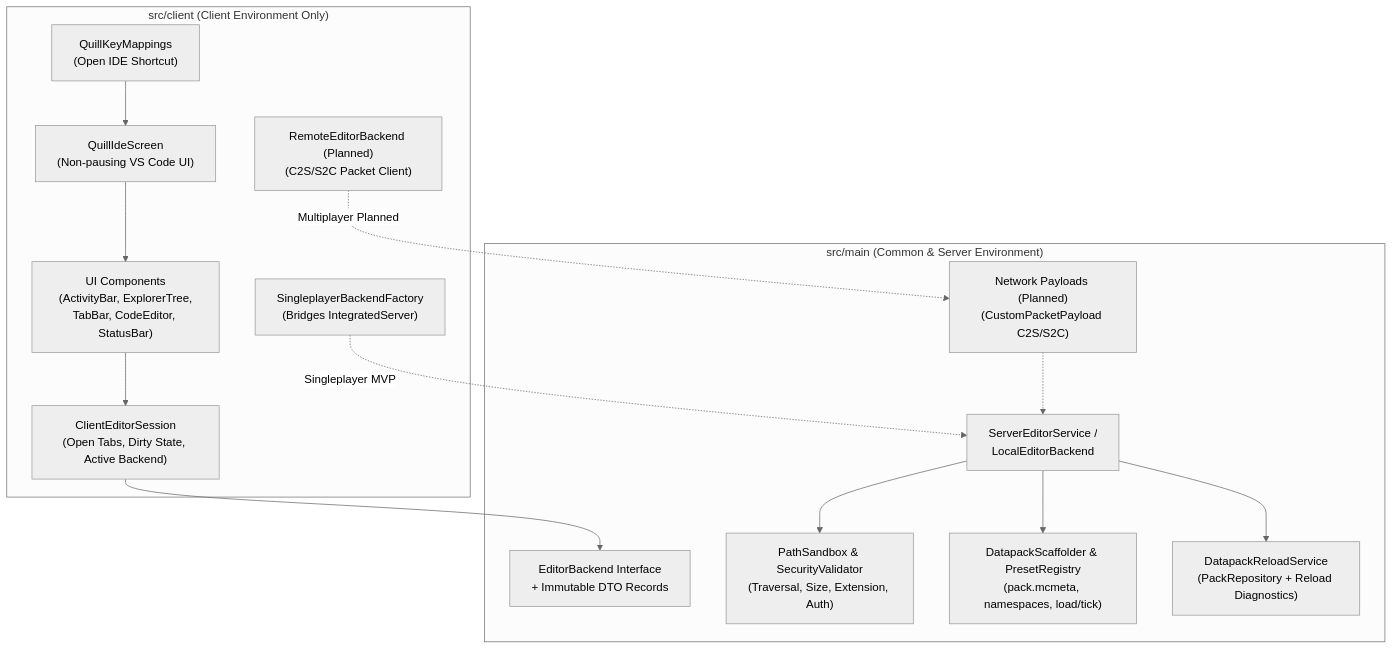
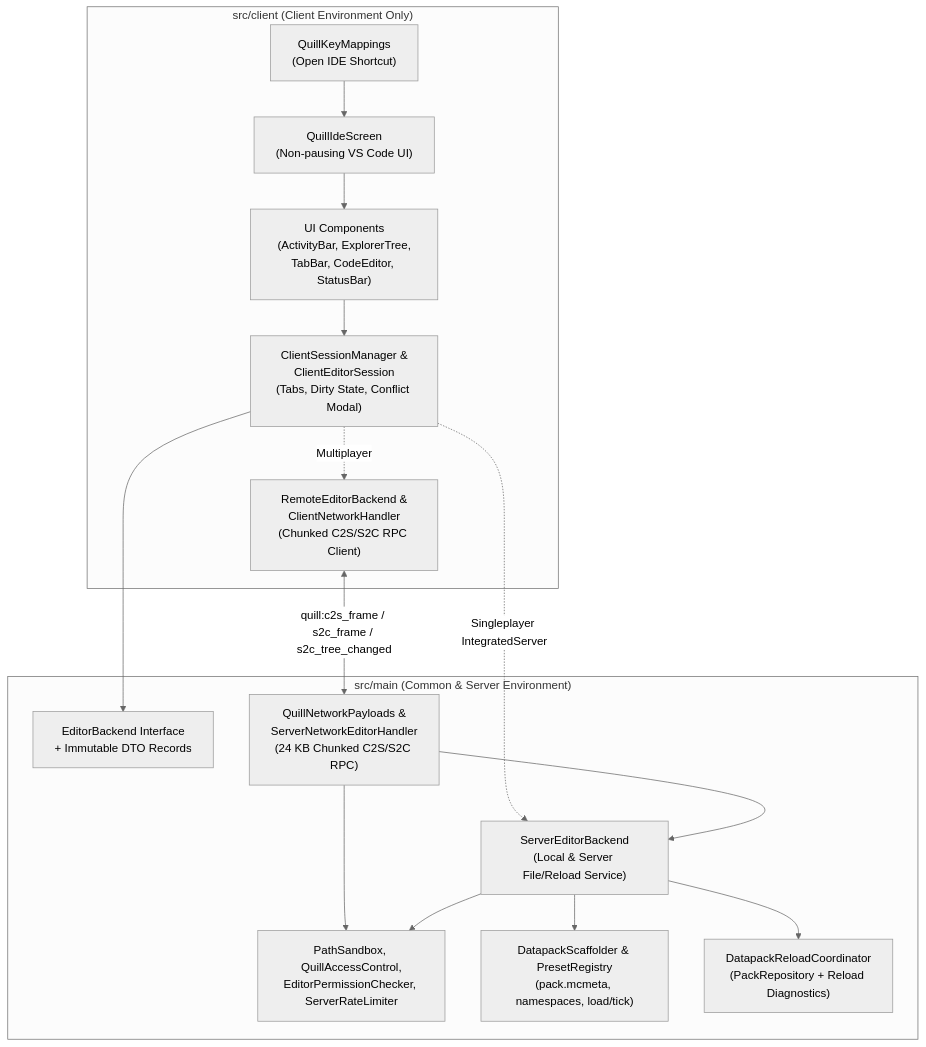
One commit to CatGirlClaude/quill changed the first of 3 diagrams in docs/ARCHITECTURE.md. Above: the diagram before and after it, drawn with Mermaid (neutral theme). The commit also changed other lines of this file and 4 other files, not shown here.

Commit message:
docs: document Phase 3 multiplayer architecture, ADR-008, MC 26.3 networking notes, and update TODO

````diff
--- a/docs/ARCHITECTURE.md
+++ b/docs/ARCHITECTURE.md
@@ -13,31 +13,32 @@
 ```mermaid
 flowchart TB
     subgraph Client ["src/client (Client Environment Only)"]
         KeyBind["QuillKeyMappings\n(Open IDE Shortcut)"]
         Screen["QuillIdeScreen\n(Non-pausing VS Code UI)"]
         Widgets["UI Components\n(ActivityBar, ExplorerTree,\nTabBar, CodeEditor, StatusBar)"]
-        ClientSession["ClientEditorSession\n(Open Tabs, Dirty State, Active Backend)"]
-        LocalAdapter["SingleplayerBackendFactory\n(Bridges IntegratedServer)"]
-        RemoteBackend["RemoteEditorBackend (Planned)\n(C2S/S2C Packet Client)"]
+        ClientSession["ClientSessionManager &\nClientEditorSession\n(Tabs, Dirty State, Conflict Modal)"]
+        RemoteBackend["RemoteEditorBackend &\nClientNetworkHandler\n(Chunked C2S/S2C RPC Client)"]
     end
 
     subgraph Common ["src/main (Common & Server Environment)"]
         API["EditorBackend Interface\n+ Immutable DTO Records"]
-        LocalBackend["ServerEditorService /\nLocalEditorBackend"]
-        Sandbox["PathSandbox & SecurityValidator\n(Traversal, Size, Extension, Auth)"]
+        LocalBackend["ServerEditorBackend\n(Local & Server File/Reload Service)"]
+        Sandbox["PathSandbox, QuillAccessControl,\nEditorPermissionChecker, ServerRateLimiter"]
         Scaffolder["DatapackScaffolder & PresetRegistry\n(pack.mcmeta, namespaces, load/tick)"]
-        Reloader["DatapackReloadService\n(PackRepository + Reload Diagnostics)"]
-        NetPayloads["Network Payloads (Planned)\n(CustomPacketPayload C2S/S2C)"]
+        Reloader["DatapackReloadCoordinator\n(PackRepository + Reload Diagnostics)"]
+        NetServer["QuillNetworkPayloads &\nServerNetworkEditorHandler\n(24 KB Chunked C2S/S2C RPC)"]
     end
 
     KeyBind --> Screen
     Screen --> Widgets
     Widgets --> ClientSession
     ClientSession --> API
-    LocalAdapter -.->|Singleplayer MVP| LocalBackend
-    RemoteBackend -.->|Multiplayer Planned| NetPayloads
-    NetPayloads -.-> LocalBackend
+    ClientSession -.->|Singleplayer IntegratedServer| LocalBackend
+    ClientSession -.->|Multiplayer| RemoteBackend
+    RemoteBackend <-->|quill:c2s_frame / s2c_frame / s2c_tree_changed| NetServer
+    NetServer --> Sandbox
+    NetServer --> LocalBackend
     LocalBackend --> Sandbox
     LocalBackend --> Scaffolder
     LocalBackend --> Reloader
 ```
````
